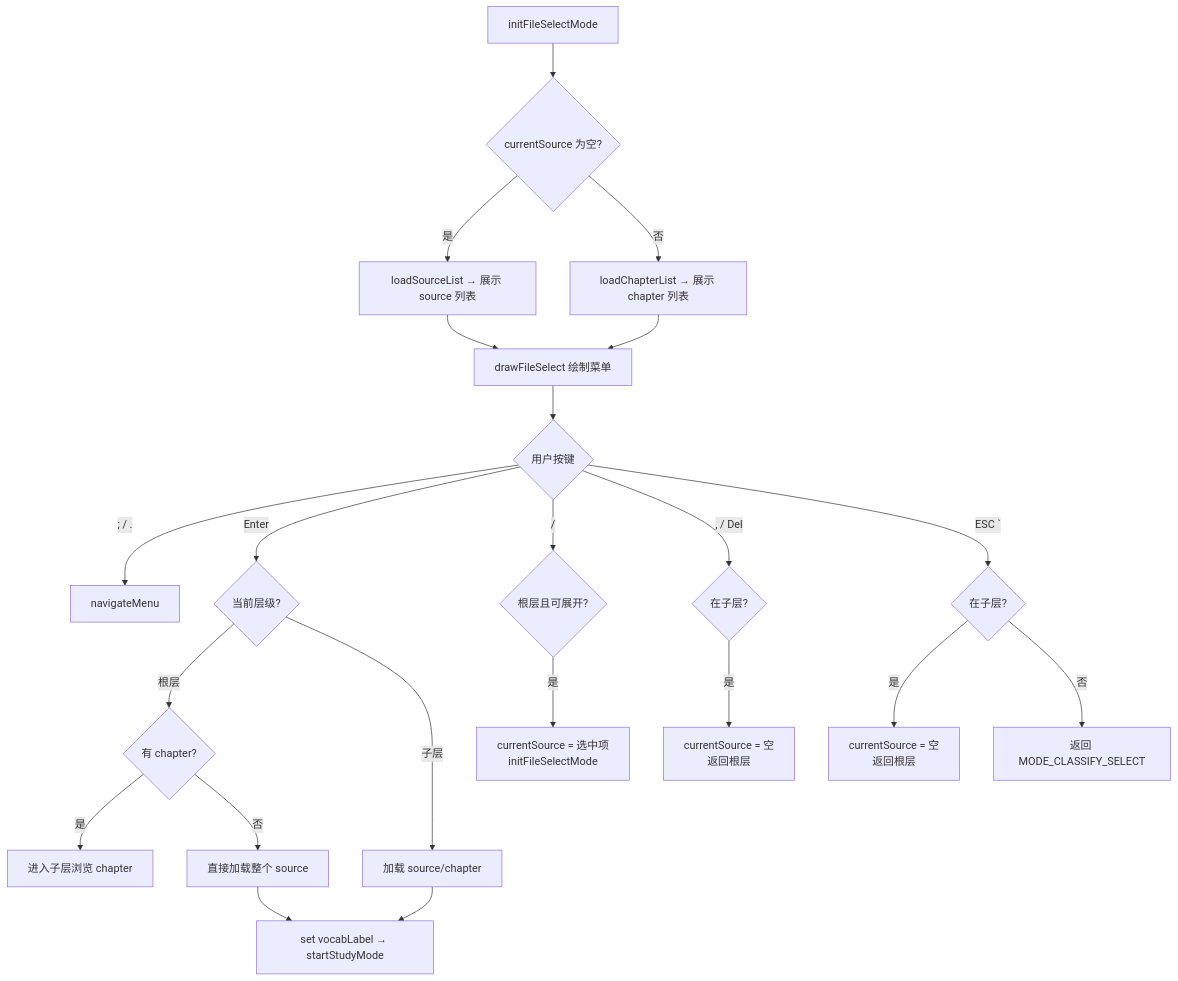
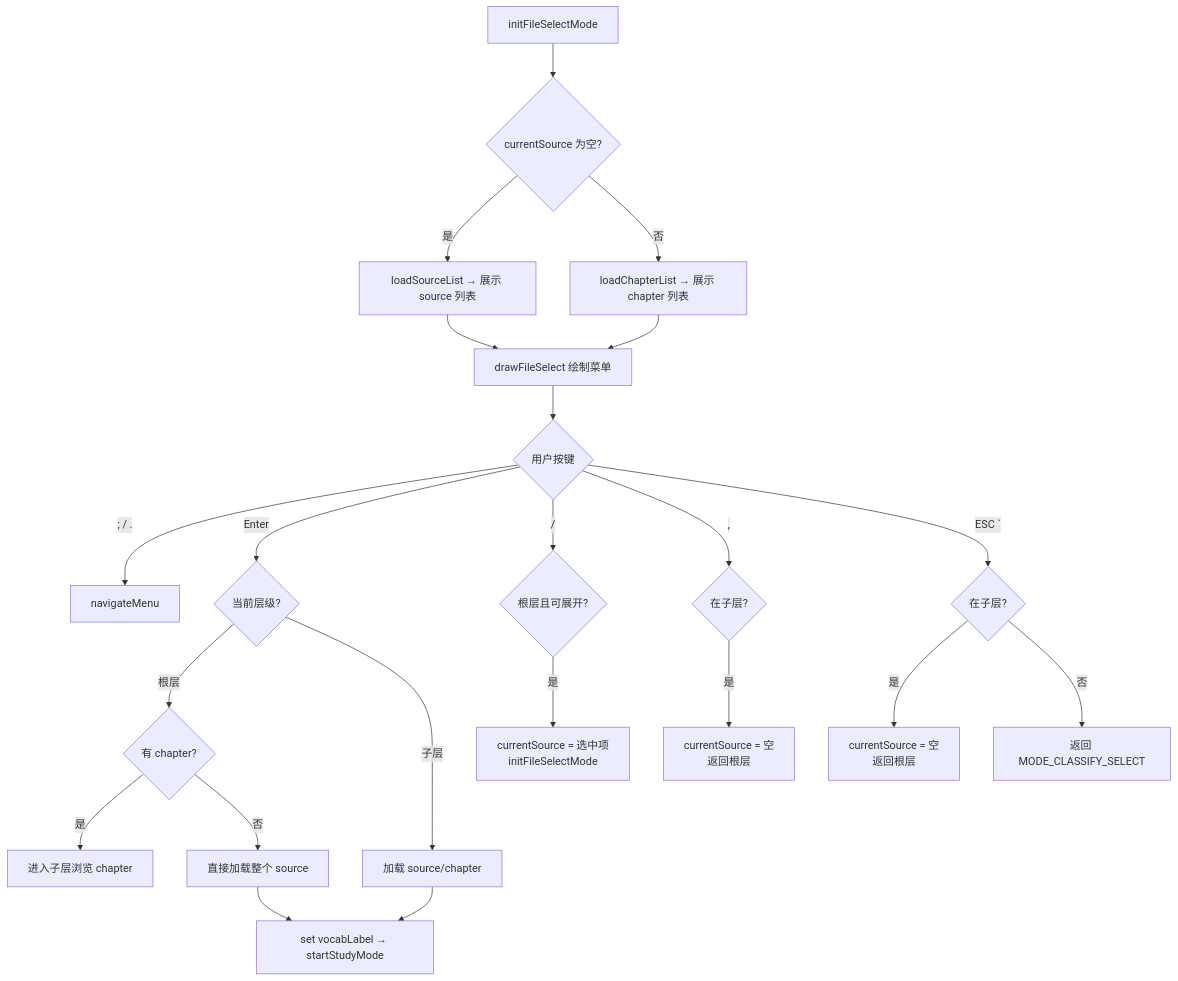
The diagram in docs/zh-CN/ModeSourceSelect.md (Mr-xiaotian/WordCardputer), drawn with Mermaid before and after one commit. The commit also changed other lines of this file and 12 other files, not shown here.

````diff
--- a/docs/zh-CN/ModeSourceSelect.md
+++ b/docs/zh-CN/ModeSourceSelect.md
@@ -24,22 +24,22 @@
 ```mermaid
 flowchart TD
     A[initFileSelectMode] --> B{currentSource 为空?}
     B -->|是| C[loadSourceList → 展示 source 列表]
     B -->|否| D[loadChapterList → 展示 chapter 列表]
     C & D --> E[drawFileSelect 绘制菜单]
     E --> F{用户按键}
     F -->|; / .| G[navigateMenu]
     F -->|Enter| H{当前层级?}
     H -->|根层| I{有 chapter?}
     I -->|是| J[进入子层浏览 chapter]
     I -->|否| K[直接加载整个 source]
     H -->|子层| L[加载 source/chapter]
     K & L --> M[set vocabLabel → startStudyMode]
     F -->|/| N{根层且可展开?}
     N -->|是| O[currentSource = 选中项<br/>initFileSelectMode]
-    F -->|, / Del| P{在子层?}
+    F -->|,| P{在子层?}
     P -->|是| Q[currentSource = 空<br/>返回根层]
     F -->|ESC `| R{在子层?}
     R -->|是| S[currentSource = 空<br/>返回根层]
     R -->|否| T[返回 MODE_CLASSIFY_SELECT]
 ```
````
